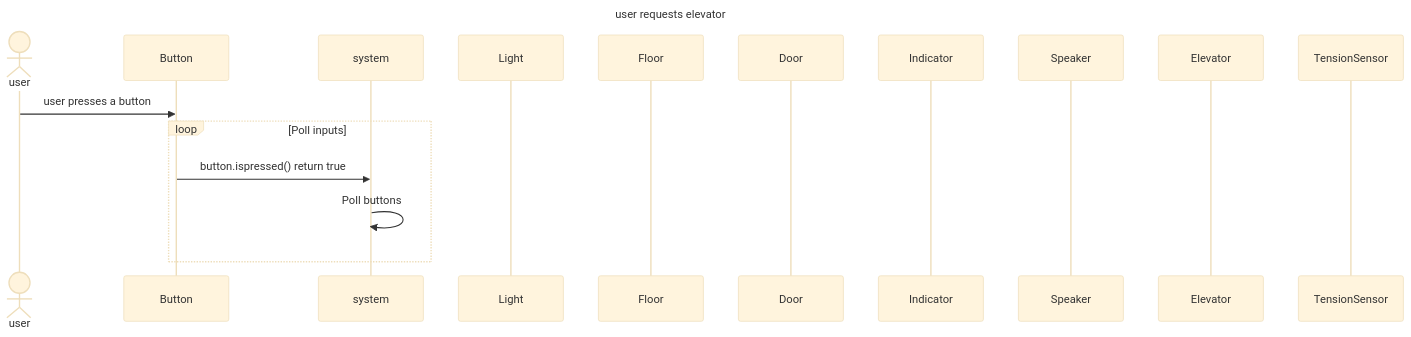
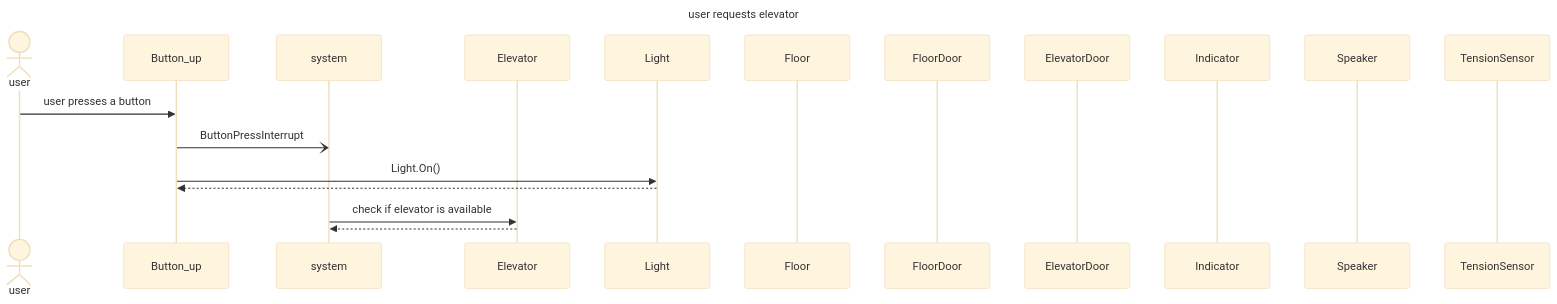
The diagram in notes/SD/challenge_2_elevator/sequence diagram.md (gamepro110/t-db3-2324nj), drawn with Mermaid (base theme) before and after one commit. The commit also changed other lines of this file and 3 other files, not shown here.

Commit message:
Updated diagrams

````diff
--- a/notes/SD/challenge_2_elevator/sequence diagram.md
+++ b/notes/SD/challenge_2_elevator/sequence diagram.md
@@ -5,29 +7,36 @@
 ```mermaid
 ---
 title: user requests elevator
 ---
 sequenceDiagram
 
+%%TODO fix order when done
 actor U as user
-participant B as Button
+participant B as Button_up 
 participant S as system
+participant E as Elevator
 participant L as Light
 participant F as Floor
-participant D as Door
+participant Df as FloorDoor
+participant De as ElevatorDoor
 participant I as Indicator
 participant SP as Speaker
-participant E as Elevator
 participant T as TensionSensor
 
-%% ---------------------------------
+%% ----------------------------------------
 
+%% begin block button interrupt press
 U->>B: user presses a button
-loop Poll inputs
-B->>S: button.ispressed() return true
-S->>S: Poll buttons
-end
 
-%%U->>B: presses button
-%%B->>L: Light.On()
-%%L-->>B: 
+B-)S: ButtonPressInterrupt
+%%S-->>B: 
+
+B->>L: Light.On()
+L-->>B: 
+%% end block button interrupt press
+
+S->>E: check if elevator is available
+E-->>S: 
+
+
 ```
````
